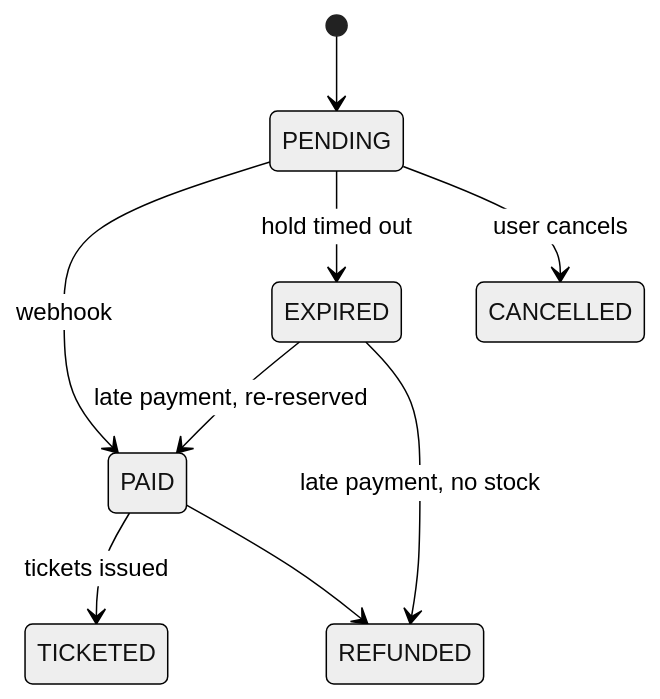
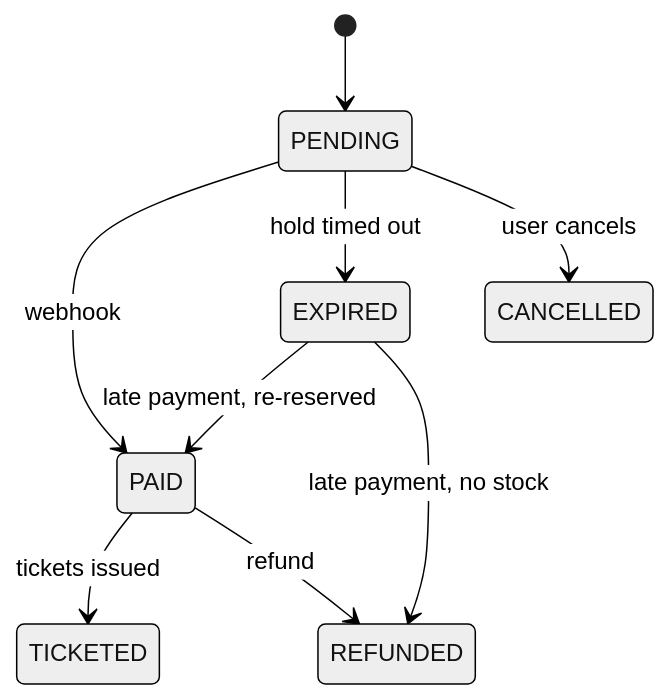
Before and after one commit to TR1CK5T4R/festpass: the diagram in apps/api/README.md, drawn with Mermaid (neutral theme). The commit also changed other lines of this file and 1 other file, not shown here.

````diff
--- a/apps/api/README.md
+++ b/apps/api/README.md
@@ -242,11 +250,11 @@
 ```mermaid
 stateDiagram-v2
   [*] --> PENDING
   PENDING --> PAID: webhook
   PENDING --> EXPIRED: hold timed out
   PENDING --> CANCELLED: user cancels
   PAID --> TICKETED: tickets issued
   EXPIRED --> PAID: late payment, re-reserved
   EXPIRED --> REFUNDED: late payment, no stock
-  PAID --> REFUNDED
+  PAID --> REFUNDED: refund
 ```
````
